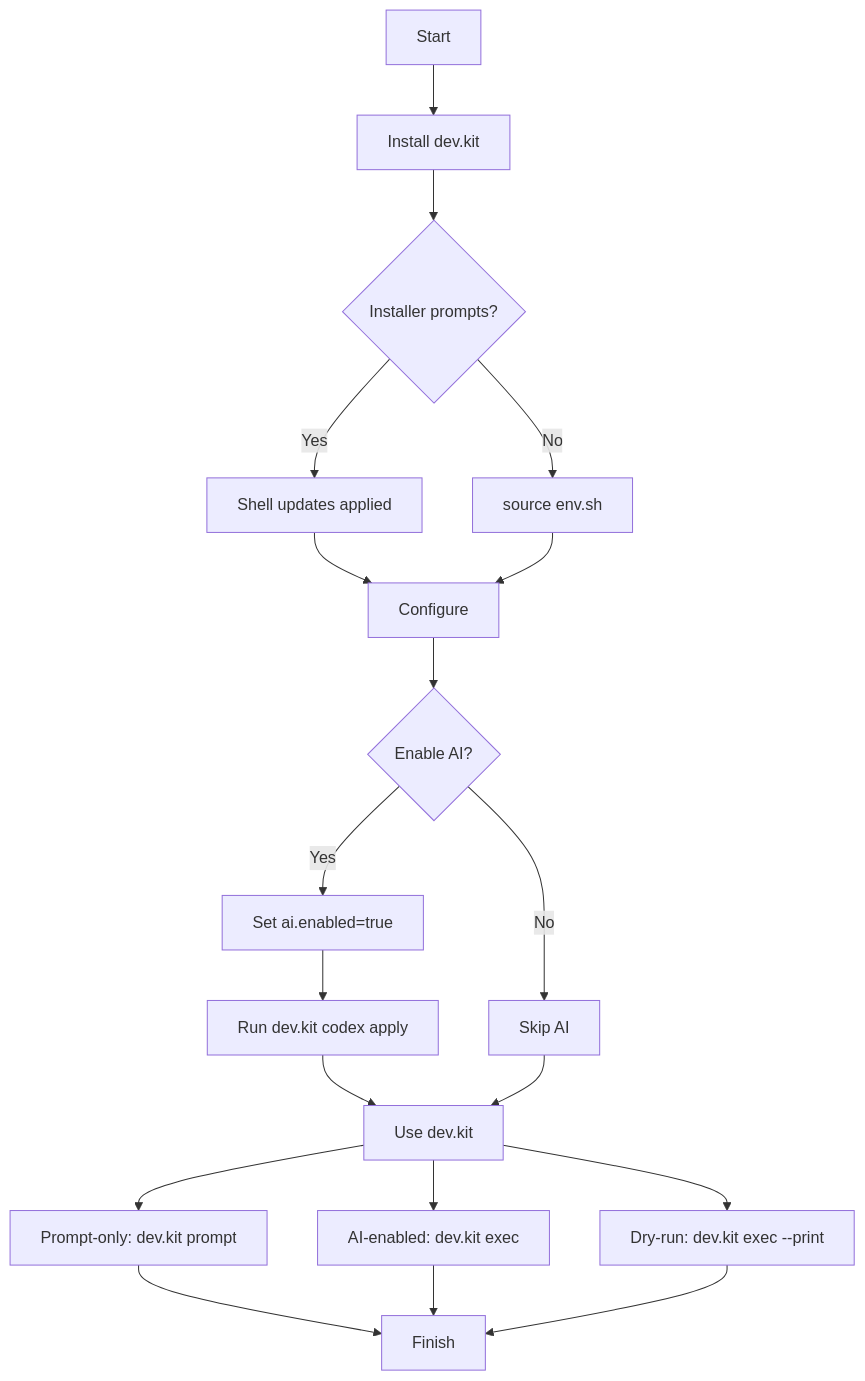
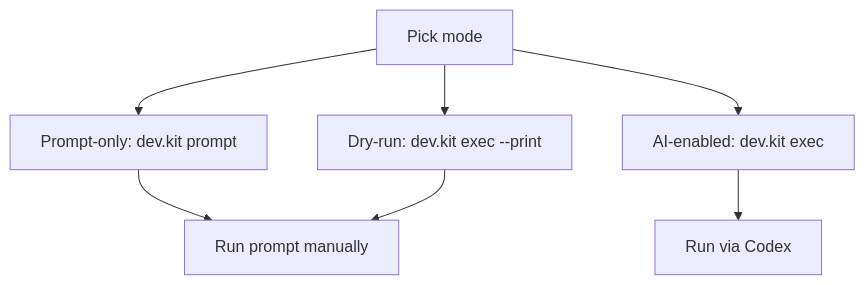
The third of 4 diagrams in README.md (udx/dev.kit), drawn with Mermaid before and after one commit. The commit also changed other lines of this file and 1 other file, not shown here.

Commit message:
add modular README diagrams

````diff
--- a/README.md
+++ b/README.md
@@ -80,21 +90,9 @@
 ```mermaid
 flowchart TD
-  A[Start] --> B[Install dev.kit]
-  B --> C{Installer prompts?}
-  C -- Yes --> D[Shell updates applied]
-  C -- No --> E[source env.sh]
-  D --> F[Configure]
-  E --> F
-  F --> G{Enable AI?}
-  G -- Yes --> H[Set ai.enabled=true]
-  H --> I[Run dev.kit codex apply]
-  G -- No --> J[Skip AI]
-  I --> K[Use dev.kit]
-  J --> K
-  K --> L[Prompt-only: dev.kit prompt]
-  K --> M[AI-enabled: dev.kit exec]
-  K --> N[Dry-run: dev.kit exec --print]
-  L --> O[Finish]
-  M --> O
-  N --> O
+  A["Pick mode"] --> B["Prompt-only: dev.kit prompt"]
+  A --> C["AI-enabled: dev.kit exec"]
+  A --> D["Dry-run: dev.kit exec --print"]
+  B --> E["Run prompt manually"]
+  C --> F["Run via Codex"]
+  D --> E
 ```
````
